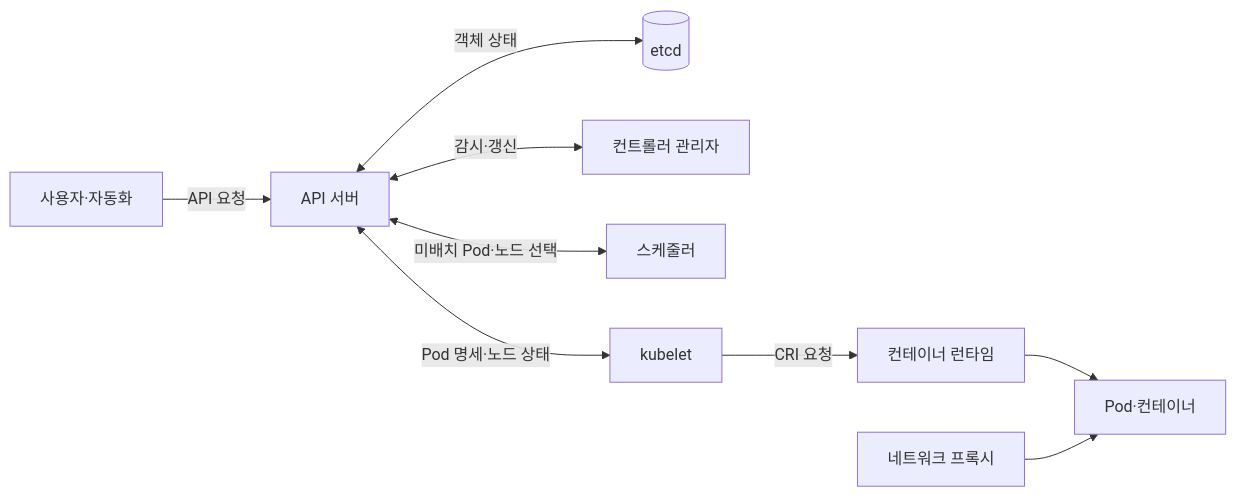
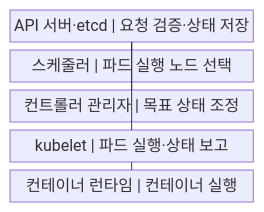
Before and after one commit to agnusdei1207/knowledge-base: the first of 2 diagrams in src/content/docs/notes/03-software/152_kubernetes_architecture.md, drawn with Mermaid. The commit also changed other lines of this file and 20 other files, not shown here.

````diff
--- a/src/content/docs/notes/03-software/152_kubernetes_architecture.md
+++ b/src/content/docs/notes/03-software/152_kubernetes_architecture.md
@@ -60,11 +57,13 @@
 ```mermaid
-flowchart LR
-    U[사용자·자동화] -->|API 요청| A[API 서버]
-    A <-->|객체 상태| E[(etcd)]
-    A <-->|감시·갱신| C[컨트롤러 관리자]
-    A <-->|미배치 Pod·노드 선택| S[스케줄러]
-    A <-->|Pod 명세·노드 상태| K[kubelet]
-    K -->|CRI 요청| R[컨테이너 런타임]
-    R --> P[Pod·컨테이너]
-    N[네트워크 프록시] --> P
+block
+    columns 1
+    A["API 서버·etcd | 요청 검증·상태 저장"]
+    B["스케줄러 | 파드 실행 노드 선택"]
+    C["컨트롤러 관리자 | 목표 상태 조정"]
+    D["kubelet | 파드 실행·상태 보고"]
+    E["컨테이너 런타임 | 컨테이너 실행"]
+    A --- B
+    A --- C
+    A --- D
+    D --- E
 ```
````
